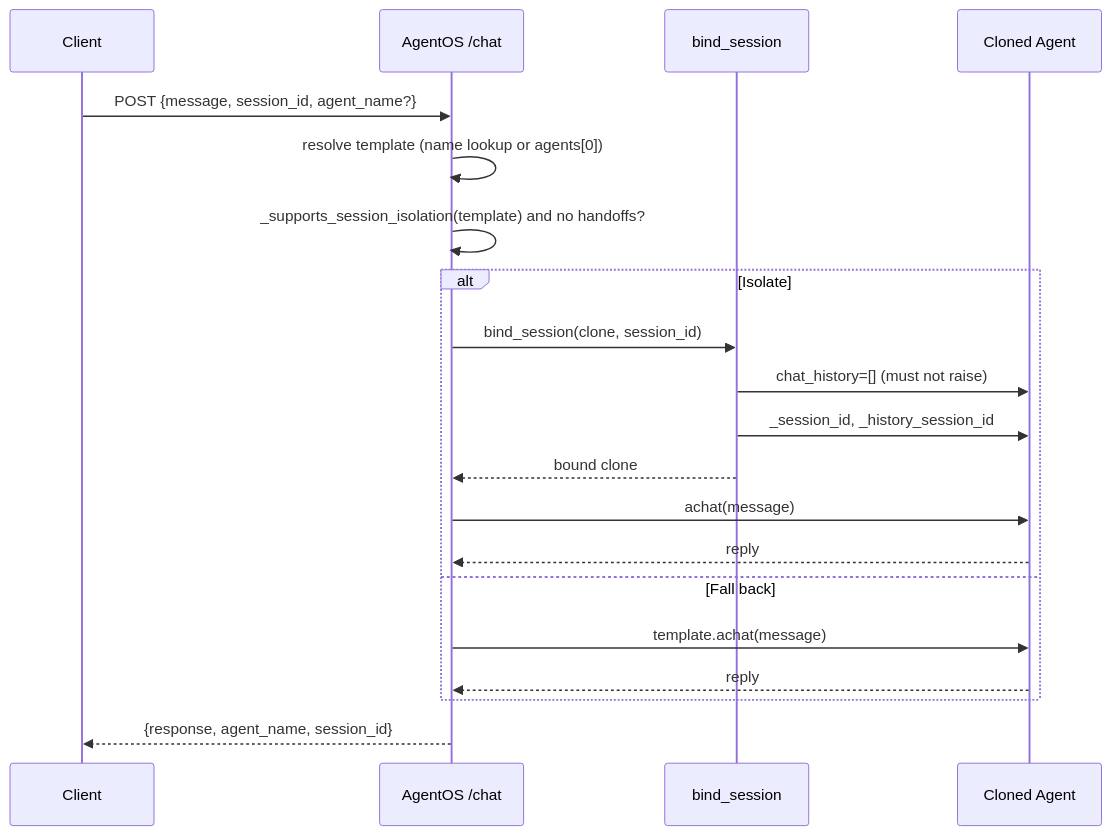
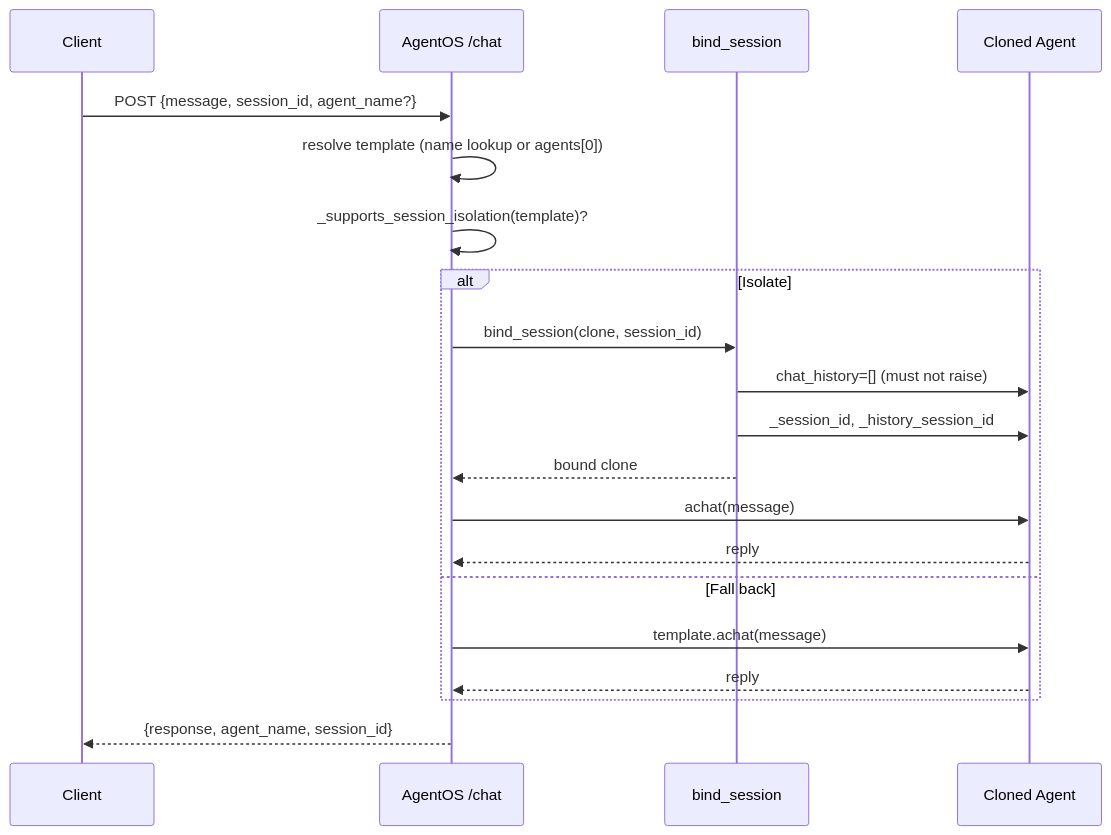
The second of 3 diagrams in docs/features/agentos-chat-session-isolation.mdx (MervinPraison/PraisonAIDocs), drawn with Mermaid before and after one commit. The commit also changed other lines of this file and 3 other files, not shown here.

````diff
--- a/docs/features/agentos-chat-session-isolation.mdx
+++ b/docs/features/agentos-chat-session-isolation.mdx
@@ -75,23 +75,23 @@
 ```mermaid
 sequenceDiagram
     participant Client
     participant AgentOS as AgentOS /chat
     participant Helper as bind_session
     participant Agent as Cloned Agent
 
     Client->>AgentOS: POST {message, session_id, agent_name?}
     AgentOS->>AgentOS: resolve template (name lookup or agents[0])
-    AgentOS->>AgentOS: _supports_session_isolation(template) and no handoffs?
+    AgentOS->>AgentOS: _supports_session_isolation(template)?
     alt Isolate
         AgentOS->>Helper: bind_session(clone, session_id)
         Helper->>Agent: chat_history=[]  (must not raise)
         Helper->>Agent: _session_id, _history_session_id
         Helper-->>AgentOS: bound clone
         AgentOS->>Agent: achat(message)
         Agent-->>AgentOS: reply
     else Fall back
         AgentOS->>Agent: template.achat(message)
         Agent-->>AgentOS: reply
     end
     AgentOS-->>Client: {response, agent_name, session_id}
 ```
````
